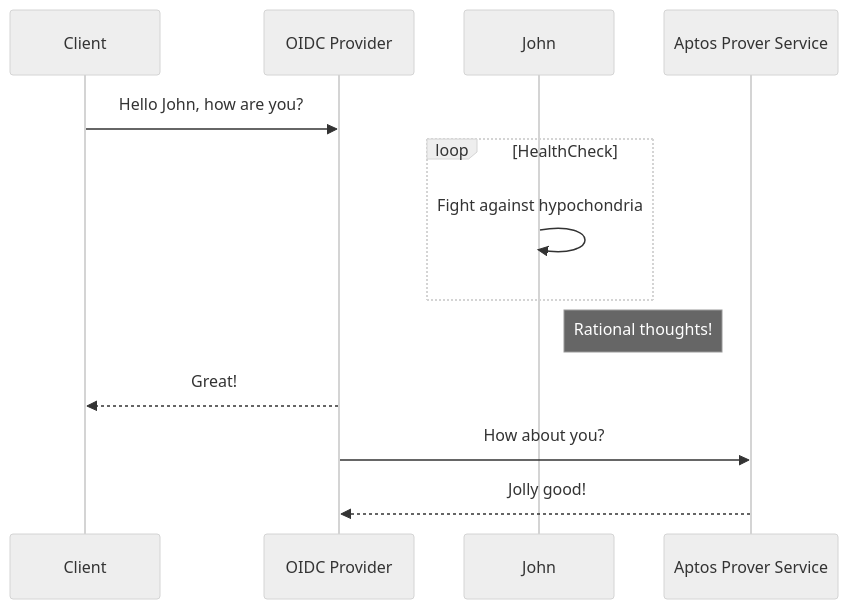
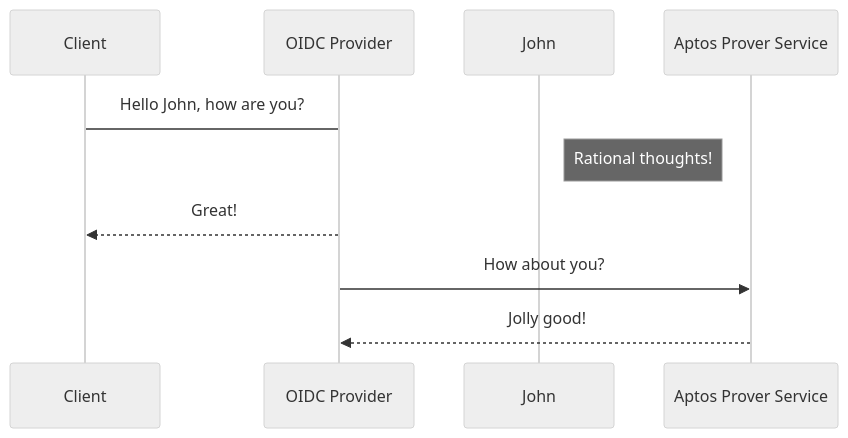
Before and after one commit to aptos-foundation/AIPs: the diagram in aips/aip-x.md, drawn with Mermaid (neutral theme).

````diff
--- a/aips/aip-x.md
+++ b/aips/aip-x.md
@@ -61,13 +61,10 @@
 ```mermaid
 
 sequenceDiagram
-Client->>OIDC Provider: Hello John, how are you?
-loop HealthCheck
-    John->>John: Fight against hypochondria
-end
+Client->OIDC Provider: Hello John, how are you?
 Note right of John: Rational thoughts!
 OIDC Provider-->>Client: Great!
 OIDC Provider->>Aptos Prover Service: How about you?
 Aptos Prover Service-->>OIDC Provider: Jolly good!
 
 ```
````
